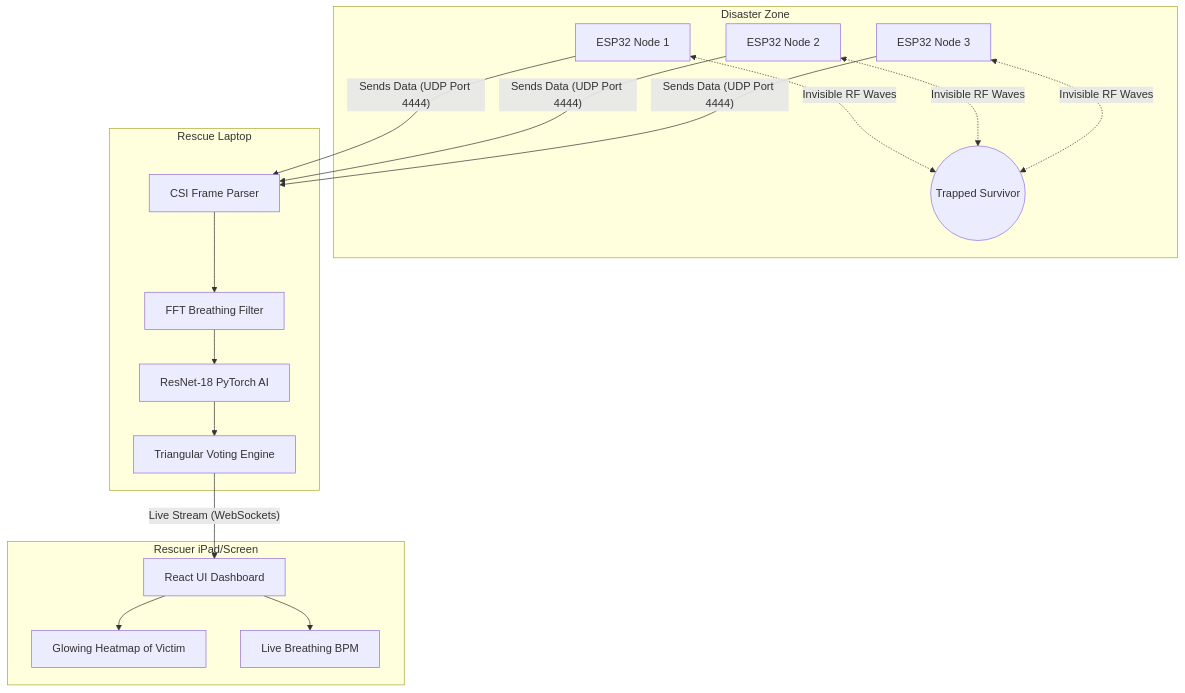
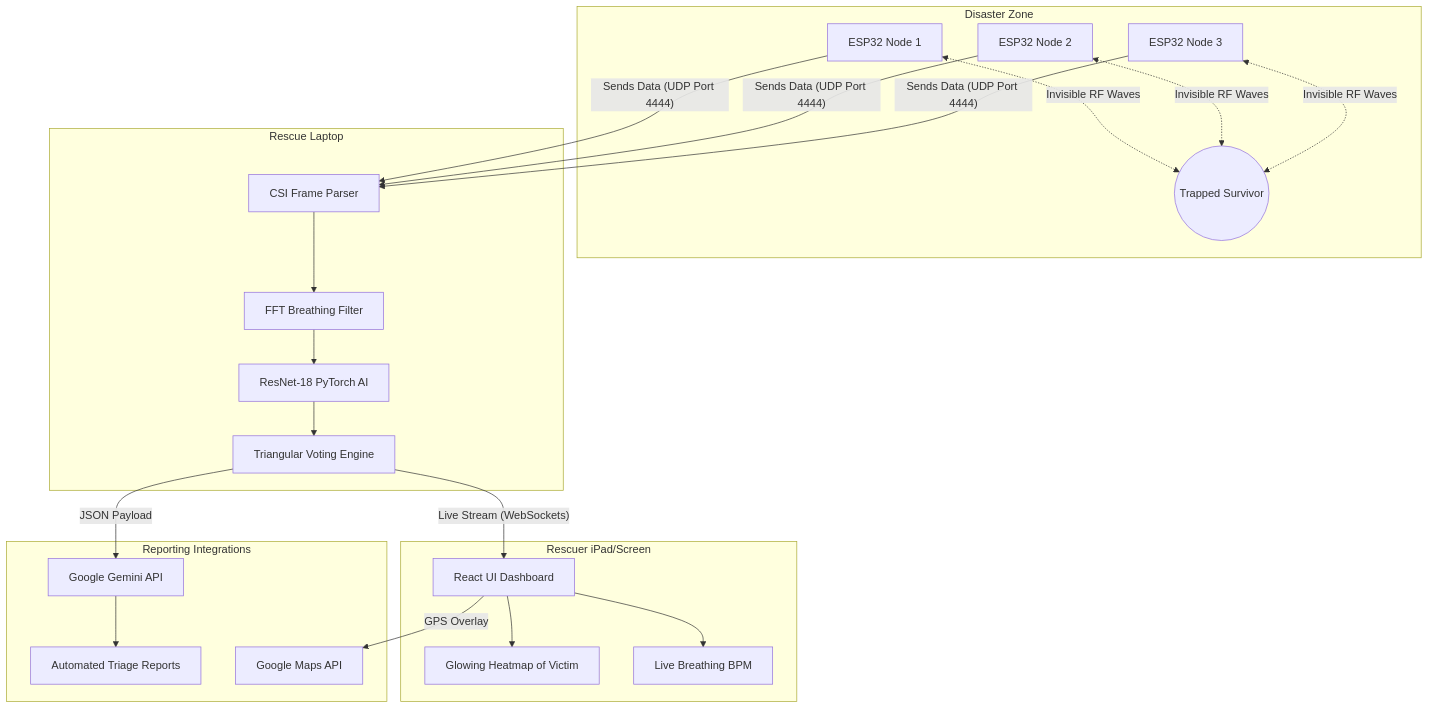
One commit to PhoniexCoder/Tri-fi changed the diagram in README.md. Above: the diagram before and after it, drawn with Mermaid. The commit also changed other lines of this file, not shown here.

````diff
--- a/README.md
+++ b/README.md
@@ -114,29 +117,35 @@
 ```mermaid
 graph TD
     subgraph Debris Field [Disaster Zone]
         Victim((Trapped Survivor))
         N1[ESP32 Node 1]
         N2[ESP32 Node 2]
         N3[ESP32 Node 3]
         
         N1 <-. Invisible RF Waves .-> Victim
         N2 <-. Invisible RF Waves .-> Victim
         N3 <-. Invisible RF Waves .-> Victim
     end
 
     subgraph Edge Compute Host [Rescue Laptop]
         N1 -- Sends Data (UDP Port 4444) --> Parser[CSI Frame Parser]
         N2 -- Sends Data (UDP Port 4444) --> Parser
         N3 -- Sends Data (UDP Port 4444) --> Parser
         
         Parser --> Preproc[FFT Breathing Filter]
         Preproc --> ML[ResNet-18 PyTorch AI]
         ML --> Logic[Triangular Voting Engine]
     end
 
     subgraph Command Center [Rescuer iPad/Screen]
         Logic -- Live Stream (WebSockets) --> React[React UI Dashboard]
         React --> Heatmap[Glowing Heatmap of Victim]
         React --> Vitals[Live Breathing BPM]
     end
+
+    subgraph Google Cloud [Reporting Integrations]
+        Logic -- JSON Payload --> Gemini[Google Gemini API]
+        Gemini --> Report[Automated Triage Reports]
+        React -- GPS Overlay --> GMaps[Google Maps API]
+    end
 ```
````
